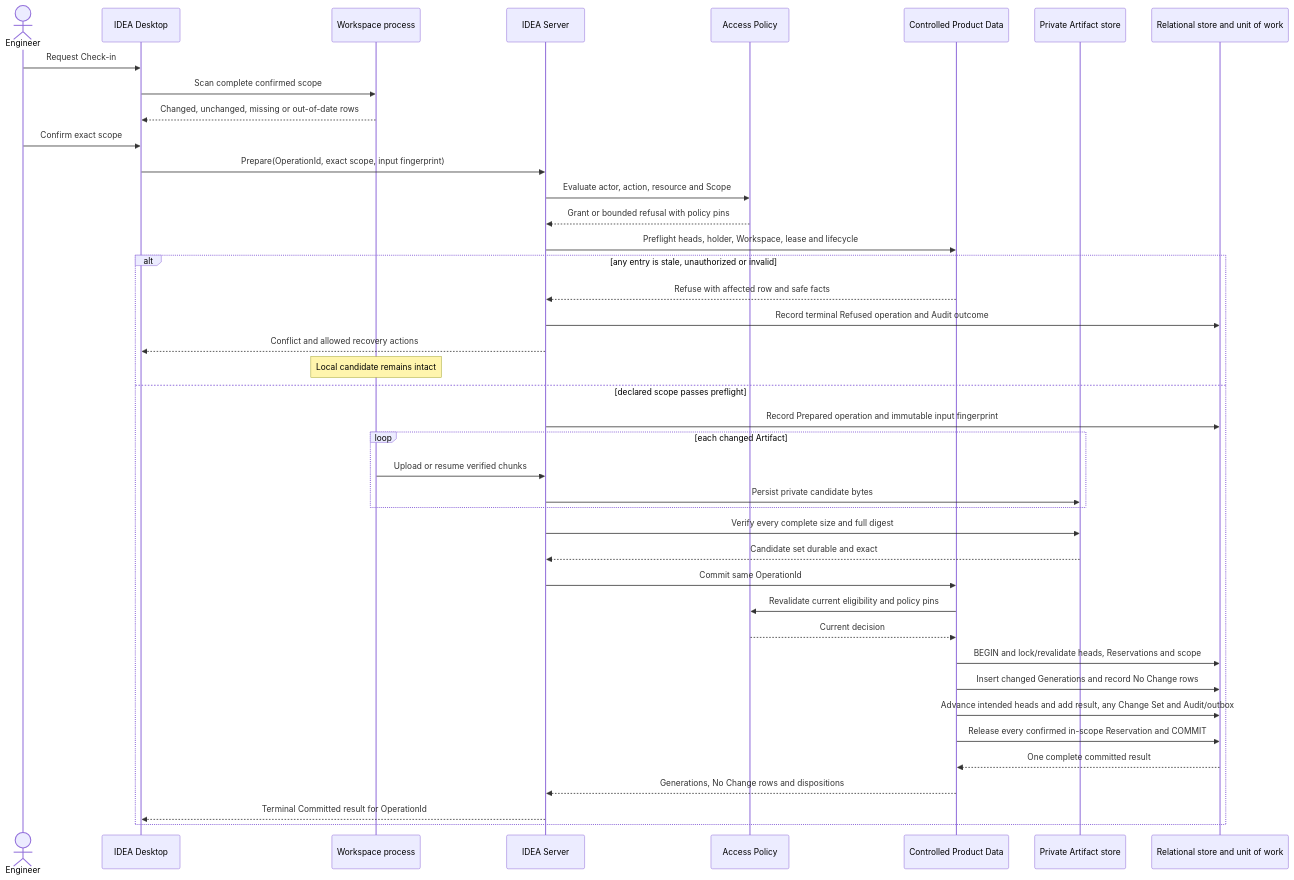
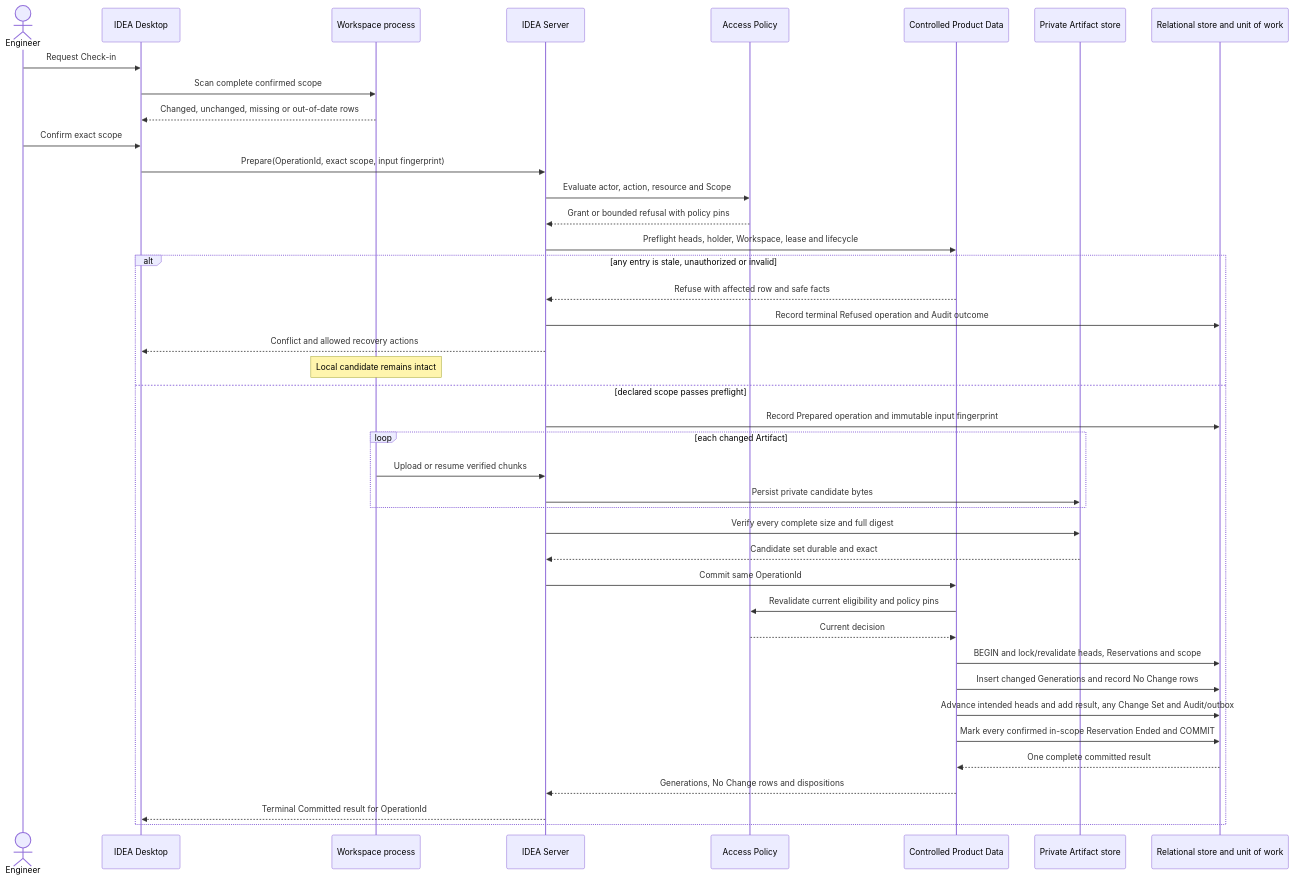
One commit to devphuclam/IDEAEngineering changed diagram 14 of 26 in docs/product/instances/idea-engineering/DOC-05-architecture-description.md. Above: the diagram before and after it, drawn with Mermaid. The commit also changed other lines of this file and 76 other files, not shown here.

Commit message:
docs: complete IDEA DDM architecture views

````diff
--- a/docs/product/instances/idea-engineering/DOC-05-architecture-description.md
+++ b/docs/product/instances/idea-engineering/DOC-05-architecture-description.md
@@ -943,47 +1025,47 @@
 ```mermaid
 sequenceDiagram
     accTitle: Atomic Check-in publication
-    accDescr: The engineer confirms an exact scope after a complete local scan. The server fixes the OperationId input fingerprint and checks authorization, current heads and Reservations. Changed bytes are staged and digest-verified privately. At commit time the server revalidates all gates and uses one database transaction to publish every changed Generation, update heads, record any Change Set plus the operation and outbox, and release all confirmed Reservations. Any refusal or pre-commit failure publishes none and preserves local work.
+    accDescr: The engineer confirms an exact scope after a complete local scan. The server fixes the OperationId input fingerprint and checks authorization, current heads and Reservations. Changed bytes are staged and digest-verified privately. At commit time the server revalidates all gates and uses one database transaction to publish every changed Generation, update heads, record any Change Set plus the operation and outbox, and end all confirmed Reservations. Any refusal or pre-commit failure publishes none and preserves local work.
 
     actor Engineer
     participant Desktop as IDEA Desktop
     participant Workspace as Workspace process
     participant Server as IDEA Server
     participant Policy as Access Policy
     participant Product as Controlled Product Data
     participant Store as Private Artifact store
     participant DB as Relational store and unit of work
 
     Engineer->>Desktop: Request Check-in
     Desktop->>Workspace: Scan complete confirmed scope
     Workspace-->>Desktop: Changed, unchanged, missing or out-of-date rows
     Engineer->>Desktop: Confirm exact scope
     Desktop->>Server: Prepare(OperationId, exact scope, input fingerprint)
     Server->>Policy: Evaluate actor, action, resource and Scope
     Policy-->>Server: Grant or bounded refusal with policy pins
     Server->>Product: Preflight heads, holder, Workspace, lease and lifecycle
     alt any entry is stale, unauthorized or invalid
         Product-->>Server: Refuse with affected row and safe facts
         Server->>DB: Record terminal Refused operation and Audit outcome
         Server-->>Desktop: Conflict and allowed recovery actions
         Note over Workspace: Local candidate remains intact
     else declared scope passes preflight
         Server->>DB: Record Prepared operation and immutable input fingerprint
         loop each changed Artifact
             Workspace->>Server: Upload or resume verified chunks
             Server->>Store: Persist private candidate bytes
         end
         Server->>Store: Verify every complete size and full digest
         Store-->>Server: Candidate set durable and exact
         Server->>Product: Commit same OperationId
         Product->>Policy: Revalidate current eligibility and policy pins
         Policy-->>Product: Current decision
         Product->>DB: BEGIN and lock/revalidate heads, Reservations and scope
         Product->>DB: Insert changed Generations and record No Change rows
         Product->>DB: Advance intended heads and add result, any Change Set and Audit/outbox
-        Product->>DB: Release every confirmed in-scope Reservation and COMMIT
+        Product->>DB: Mark every confirmed in-scope Reservation Ended and COMMIT
         DB-->>Product: One complete committed result
         Product-->>Server: Generations, No Change rows and dispositions
         Server-->>Desktop: Terminal Committed result for OperationId
     end
 ```
````
